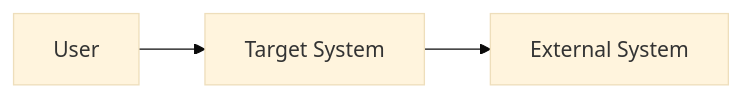
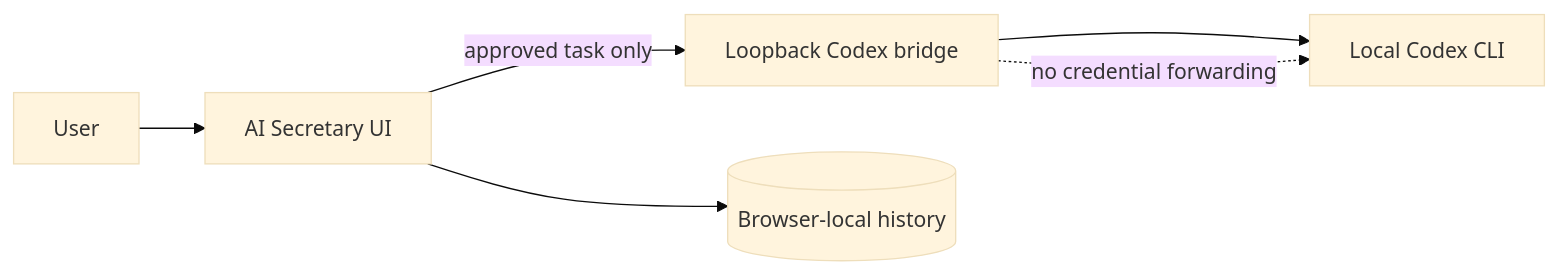
Before and after one commit to ENTER-WEB/ai-secretary: the diagram in docs/02-architecture/SYSTEM_CONTEXT.md, drawn with Mermaid (base theme). The commit also changed other lines of this file and 32 other files, not shown here.

Commit message:
Build local AI secretary prototype

````diff
--- a/docs/02-architecture/SYSTEM_CONTEXT.md
+++ b/docs/02-architecture/SYSTEM_CONTEXT.md
@@ -11,5 +16,8 @@
 ```mermaid
 flowchart LR
-  User[User] --> System[Target System]
-  System --> External[External System]
+  User --> UI[AI Secretary UI]
+  UI -->|approved task only| Bridge[Loopback Codex bridge]
+  Bridge --> Codex[Local Codex CLI]
+  UI --> Local[(Browser-local history)]
+  Bridge -. no credential forwarding .-> Codex
 ```
````
